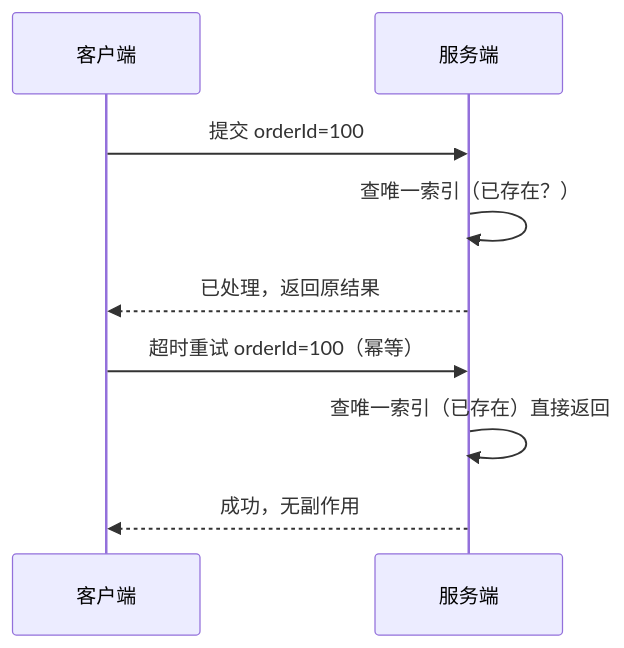
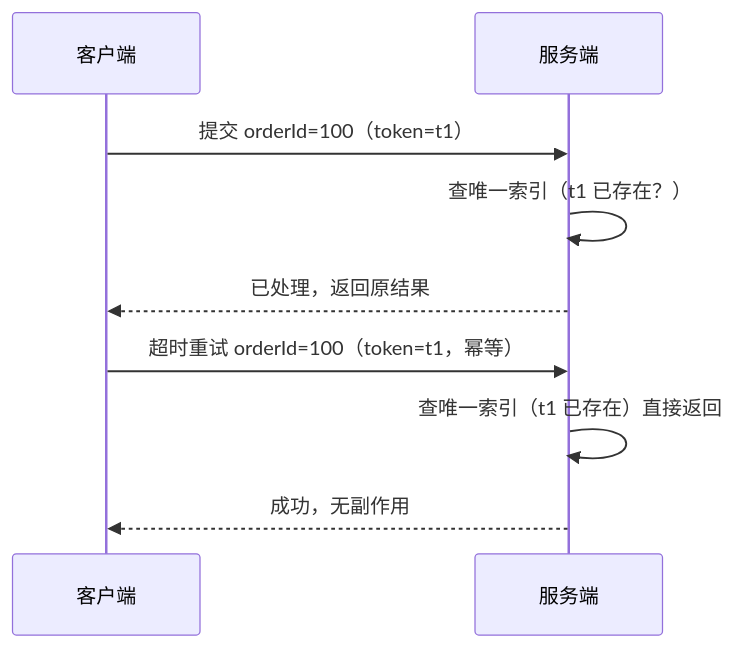
One commit to Loadhao/ascension changed the second of 2 diagrams in src/content/docs/distributed/advanced/consistency/01-consistency-patterns.md. Above: the diagram before and after it, drawn with Mermaid. The commit also changed other lines of this file and 4 other files, not shown here.

````diff
--- a/src/content/docs/distributed/advanced/consistency/01-consistency-patterns.md
+++ b/src/content/docs/distributed/advanced/consistency/01-consistency-patterns.md
@@ -56,11 +156,11 @@
 ```mermaid
 sequenceDiagram
     participant C as 客户端
     participant S as 服务端
-    C->>S: 提交 orderId=100
-    S->>S: 查唯一索引（已存在？）
+    C->>S: 提交 orderId=100（token=t1）
+    S->>S: 查唯一索引（t1 已存在？）
     S-->>C: 已处理，返回原结果
-    C->>S: 超时重试 orderId=100（幂等）
-    S->>S: 查唯一索引（已存在）直接返回
+    C->>S: 超时重试 orderId=100（token=t1，幂等）
+    S->>S: 查唯一索引（t1 已存在）直接返回
     S-->>C: 成功，无副作用
 ```
````
